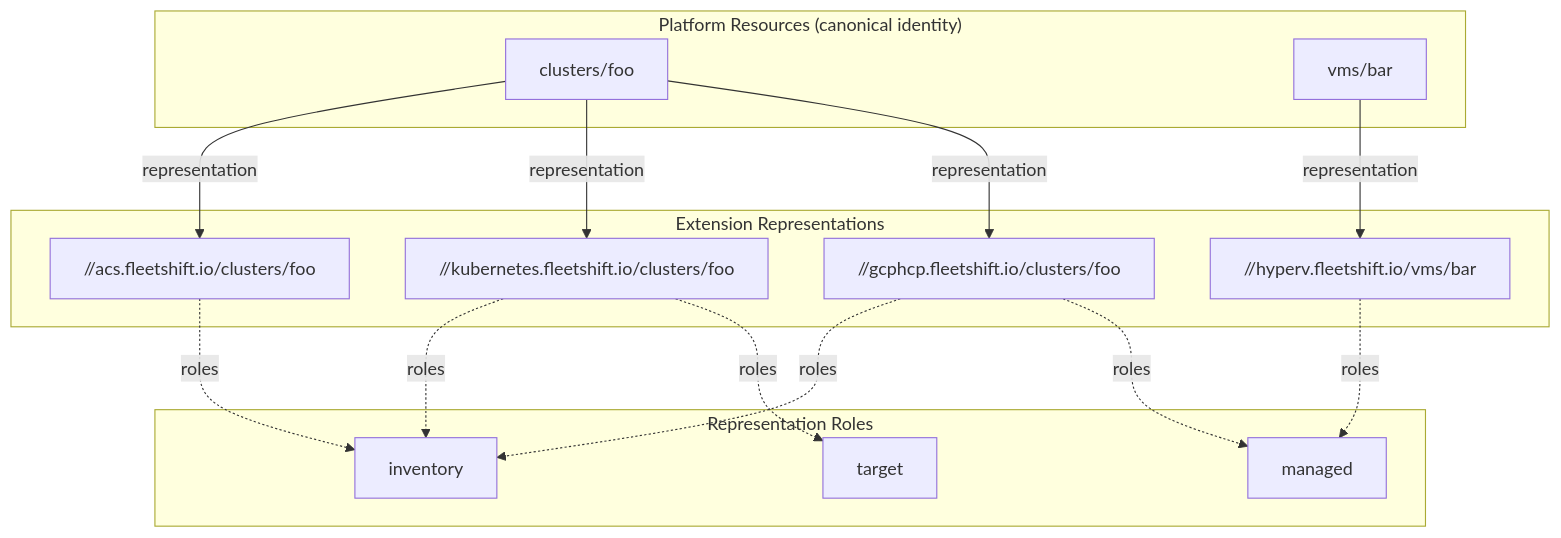
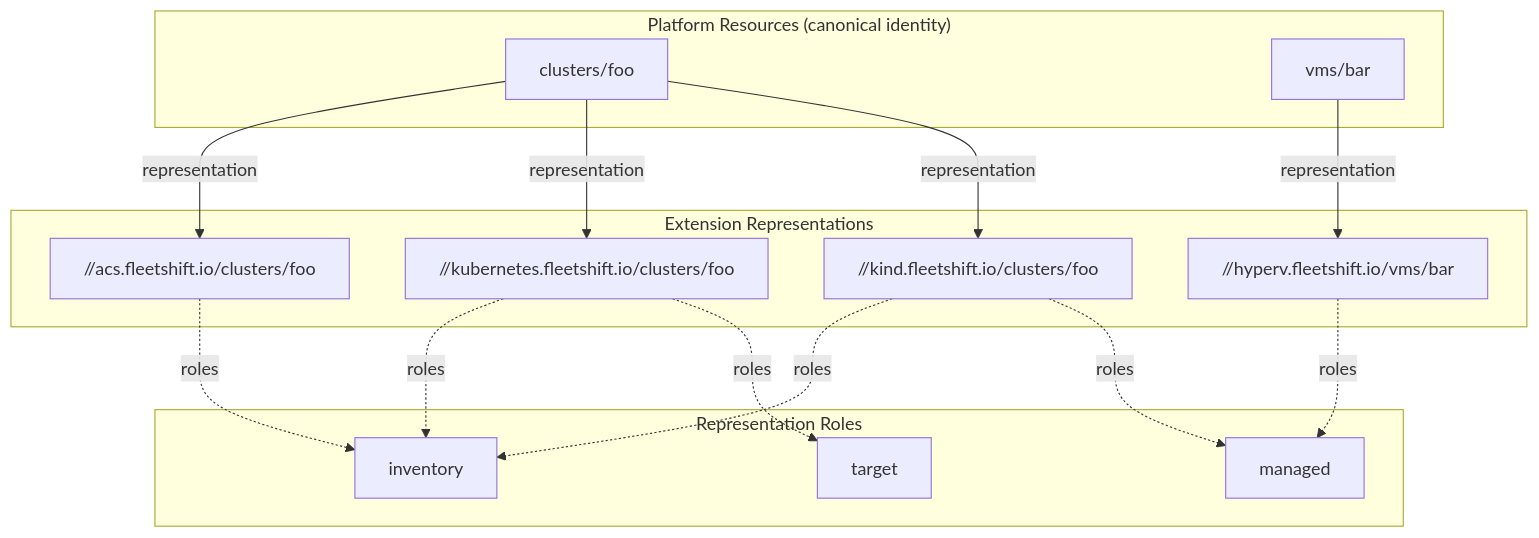
The diagram in docs/design/architecture/resource_identity_and_api.md (fleetshift/fleetshift-poc), drawn with Mermaid before and after one commit. The commit also changed other lines of this file and 299 other files, not shown here.

````diff
--- a/docs/design/architecture/resource_identity_and_api.md
+++ b/docs/design/architecture/resource_identity_and_api.md
@@ -55,31 +55,31 @@
 ```mermaid
 graph TB
     subgraph platformLayer ["Platform Resources (canonical identity)"]
         platformCluster["clusters/foo"]
         platformVM["vms/bar"]
     end
 
     subgraph extLayer ["Extension Representations"]
-        gcphcp["//gcphcp.fleetshift.io/clusters/foo"]
+        kind["//kind.fleetshift.io/clusters/foo"]
         k8s["//kubernetes.fleetshift.io/clusters/foo"]
         acs["//acs.fleetshift.io/clusters/foo"]
         hyperv["//hyperv.fleetshift.io/vms/bar"]
     end
 
     subgraph rolesLegend ["Representation Roles"]
         managed["managed"]
         inventory["inventory"]
         target["target"]
     end
 
-    platformCluster -->|representation| gcphcp
+    platformCluster -->|representation| kind
     platformCluster -->|representation| k8s
     platformCluster -->|representation| acs
-    gcphcp -.->|roles| managed
-    gcphcp -.->|roles| inventory
+    kind -.->|roles| managed
+    kind -.->|roles| inventory
     k8s -.->|roles| target
     k8s -.->|roles| inventory
     acs -.->|roles| inventory
     platformVM -->|representation| hyperv
     hyperv -.->|roles| managed
 ```
````
